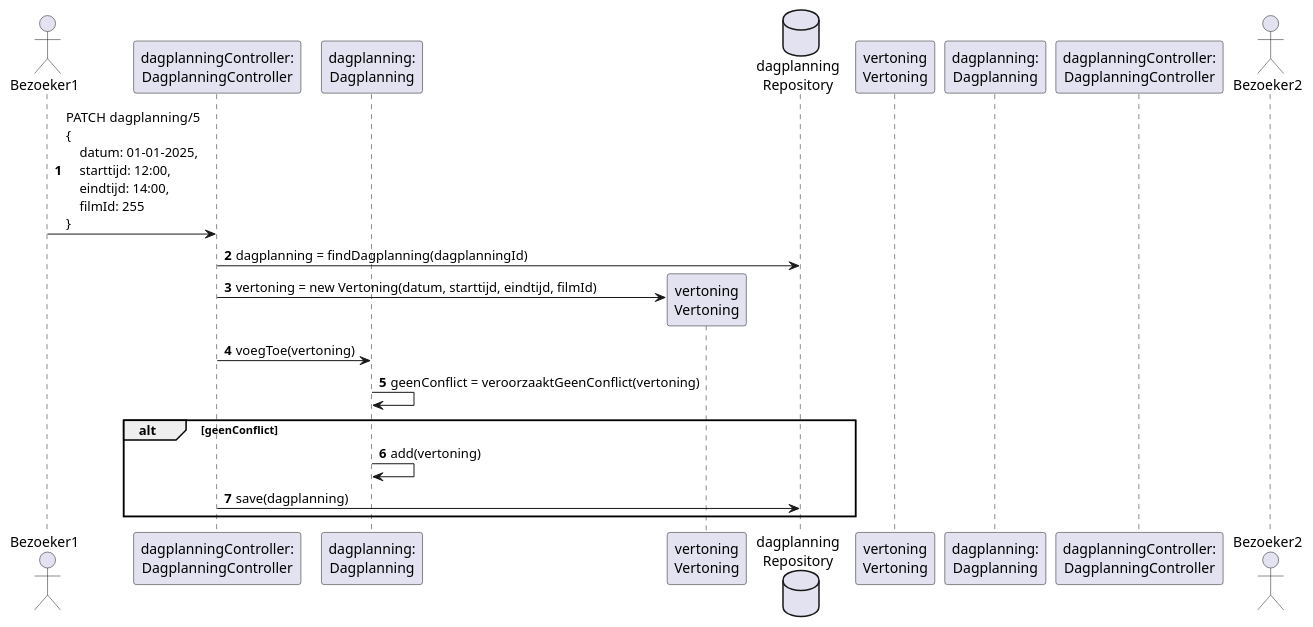
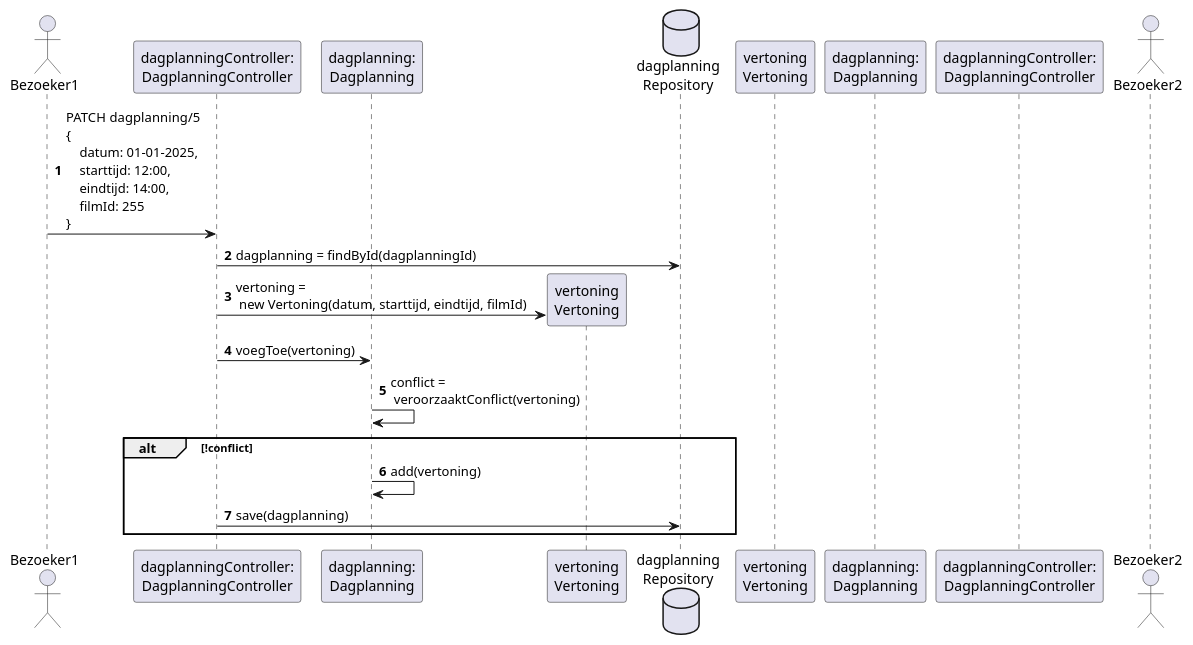
Before and after one commit to AIM-ENE/doex-opdracht-3: the diagram in weekopdracht/jouw-uitwerking/01_concurrency/jouw-uitwerking.puml, drawn with PlantUML.

Commit message:
Verfijn met newline

```diff
--- a/weekopdracht/jouw-uitwerking/01_concurrency/jouw-uitwerking.puml
+++ b/weekopdracht/jouw-uitwerking/01_concurrency/jouw-uitwerking.puml
@@ -1,36 +1,37 @@
 @startuml
 
 autonumber
 
 actor "Bezoeker1" as bezoeker1
 participant "dagplanningController:\nDagplanningController" as controller1
 participant "dagplanning:\nDagplanning" as dagplanning1
 participant "vertoning\nVertoning" as vertoning1
 database "dagplanning\nRepository" as dagplanningRepo
 participant "vertoning\nVertoning" as vertoning2
 participant "dagplanning:\nDagplanning" as dagplanning2
 participant "dagplanningController:\nDagplanningController" as controller2
 actor "Bezoeker2" as bezoeker2
 
 bezoeker1 -> controller1 : PATCH dagplanning/5\n\
 {\n\
     datum: 01-01-2025,\n\
     starttijd: 12:00,\n\
     eindtijd: 14:00,\n\
     filmId: 255\n\
 }
 
-controller1 -> dagplanningRepo: dagplanning = findDagplanning(dagplanningId)
+controller1 -> dagplanningRepo: dagplanning = findById(dagplanningId)
 
-controller1 -> vertoning1 **: vertoning = new Vertoning(datum, starttijd, eindtijd, filmId)
+controller1 -> vertoning1 **: vertoning = \n new Vertoning(datum, starttijd, eindtijd, filmId)
 
 controller1 -> dagplanning1: voegToe(vertoning)
 
-dagplanning1 -> dagplanning1: geenConflict = veroorzaaktGeenConflict(vertoning)
+dagplanning1 -> dagplanning1: conflict = \n veroorzaaktConflict(vertoning)
 
-alt geenConflict
+alt !conflict
     dagplanning1 -> dagplanning1: add(vertoning)
     controller1 -> dagplanningRepo: save(dagplanning)
 end
 
+
 @enduml
```
